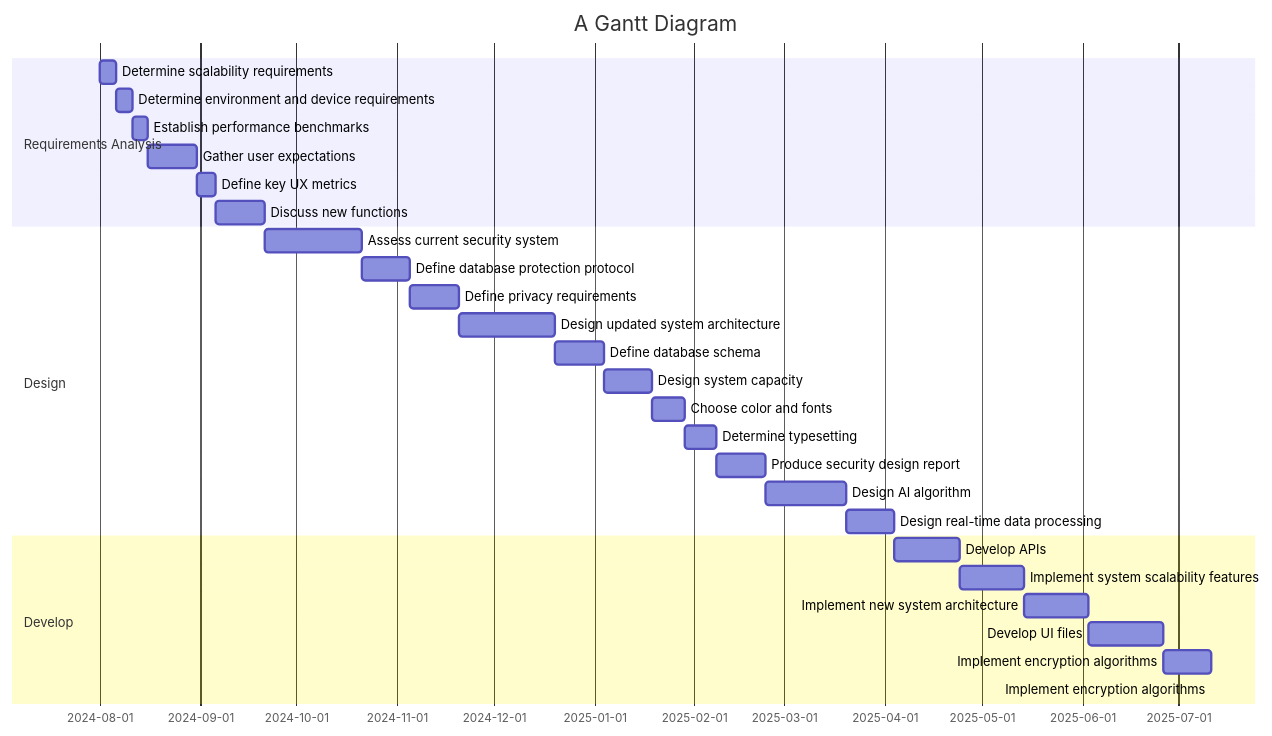
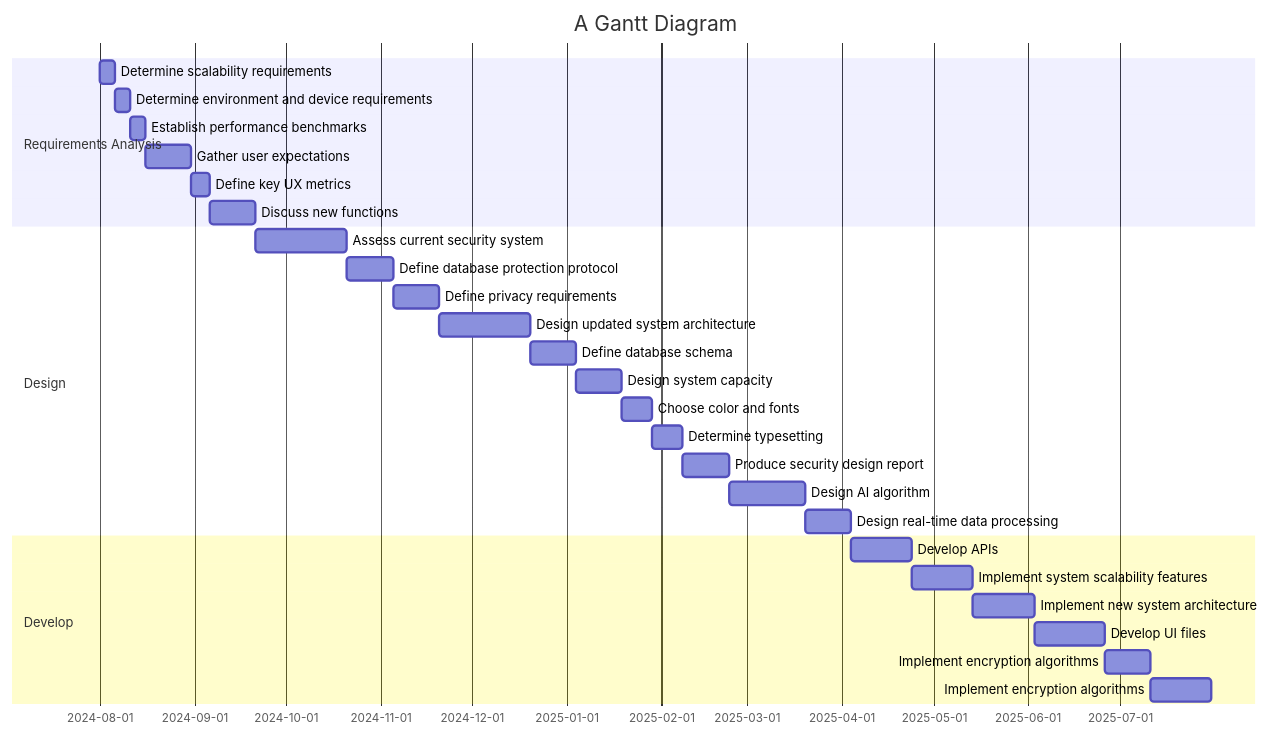
The diagram in all/Untitled.md (sayshelley/iodraw-files), drawn with Mermaid before and after one commit.

Commit message:
2024-10-04 22:50:01 update

````diff
--- a/all/Untitled.md
+++ b/all/Untitled.md
@@ -1,35 +1,35 @@
 ```mermaid
 gantt
     title A Gantt Diagram
     dateFormat  YYYY-MM-DD
     section Requirements Analysis
     Determine scalability requirements :a1, 2024-08-01, 5d
     Determine environment and device requirements :a2, after a1, 5d
     Establish performance benchmarks: a3, after a2, 5d
     Gather user expectations: a4, after a3, 15d
     Define key UX metrics : a5, after a4, 6d
     Discuss new functions: a6, after a5, 15d
     section Design
     Assess current security system:b1, after a6, 30d
     Define database protection protocol: b2, after b1, 15d
     Define privacy requirements: b3, after b2, 15d
     Design updated system architecture: b4, after b3, 30d
     Define database schema: b5, after b4, 15d
     Design system capacity: b6, after b5, 15d
     Choose color and fonts: b7, after b6, 10d
     Determine typesetting: b8, after b7, 10d
     Produce security design report: b9, after b8, 15d
     Design AI algorithm: b10, after b9, 25d
     Design real-time data processing: b11, after b10, 15d
     section Develop
     Develop APIs: c1, after b11, 20d
     Implement system scalability features: c2, after c1, 20d
     Implement new system architecture: c3, after c2, 20d
     Develop UI files: c4, after c3, 23d
     Implement encryption algorithms: c5, after c4, 15d
-    Implement encryption algorithms: c6
+    Implement encryption algorithms: c6, after c5, 20d
     
 
 
    
 ```
````
